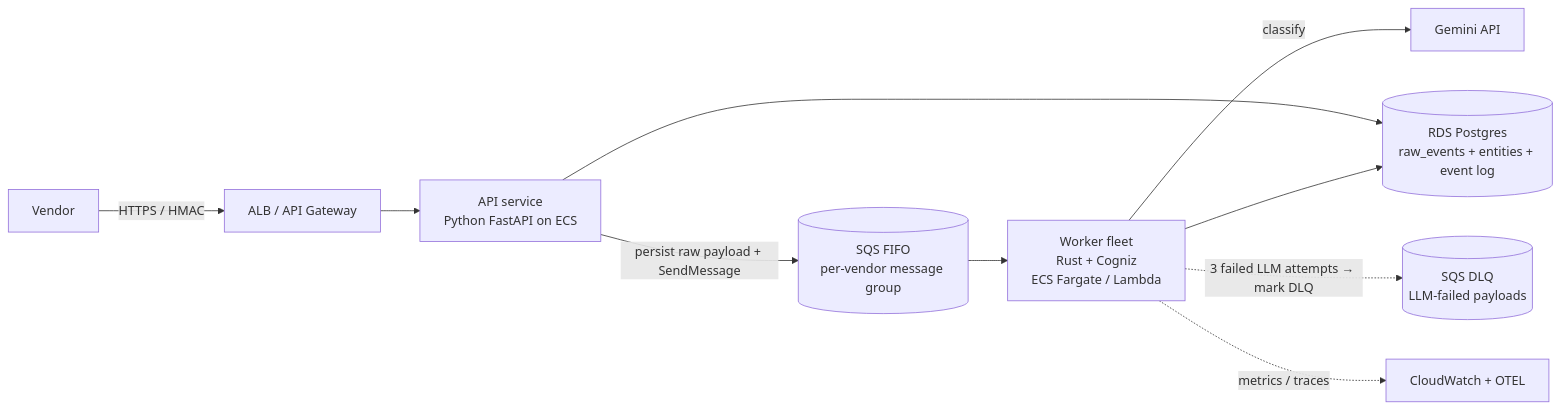
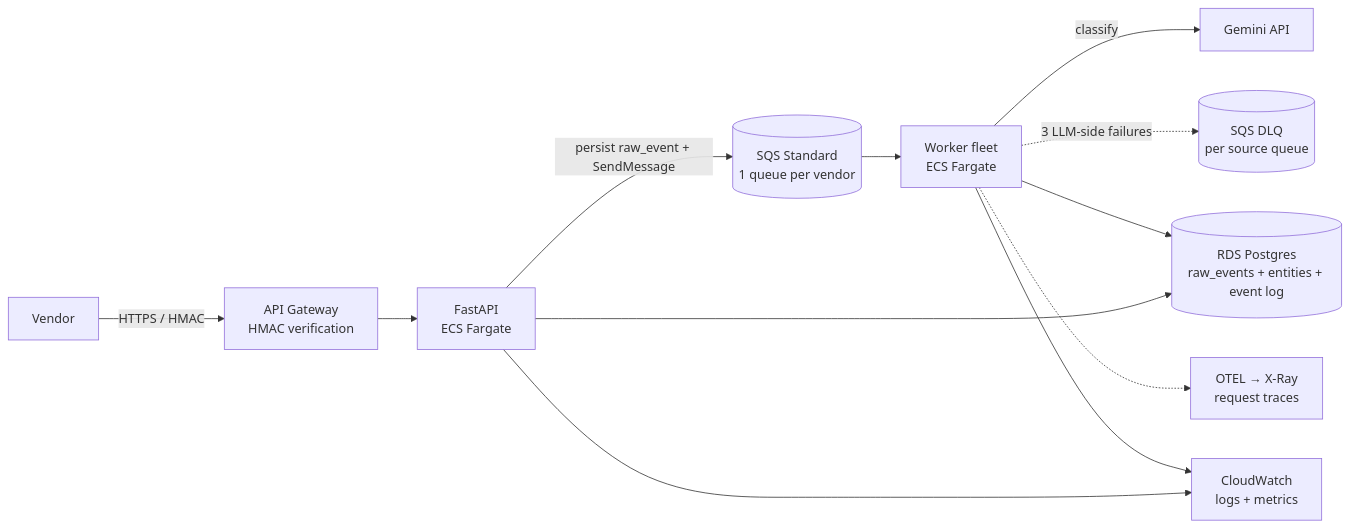
The sixth of 6 diagrams in README.md (0xvasanth/glacis), drawn with Mermaid before and after one commit. The commit also changed other lines of this file and 25 other files, not shown here.

Commit message:
feat: retry queue, raw events API, dedupe constraint, prompt hardening

````diff
--- a/README.md
+++ b/README.md
@@ -233,15 +321,17 @@
 ```mermaid
 flowchart LR
-    Vendor[Vendor] -->|HTTPS / HMAC| ALB[ALB / API Gateway]
-    ALB --> APIs[API service<br/>Python FastAPI on ECS]
-    APIs -->|"persist raw payload + SendMessage"| SQS[(SQS FIFO<br/>per-vendor message group)]
+    Vendor[Vendor] -->|HTTPS / HMAC| APIGW[API Gateway<br/>HMAC verification]
+    APIGW --> APIs[FastAPI<br/>ECS Fargate]
+    APIs -->|"persist raw_event + SendMessage"| SQS[(SQS Standard<br/>1 queue per vendor)]
     APIs --> RDS[(RDS Postgres<br/>raw_events + entities + event log)]
 
-    SQS --> Workers[Worker fleet<br/>Rust + Cogniz<br/>ECS Fargate / Lambda]
+    SQS --> Workers[Worker fleet<br/>ECS Fargate]
     Workers -->|classify| Gemini[Gemini API]
     Workers --> RDS
 
-    Workers -.->|"3 failed LLM attempts → mark DLQ"| DLQ[(SQS DLQ<br/>LLM-failed payloads)]
+    Workers -.->|"3 LLM-side failures"| DLQ[(SQS DLQ<br/>per source queue)]
 
-    Workers -. metrics / traces .-> Obs[CloudWatch + OTEL]
+    APIs --> CW[CloudWatch<br/>logs + metrics]
+    Workers --> CW
+    Workers -.-> XRay[OTEL → X-Ray<br/>request traces]
 ```
````
